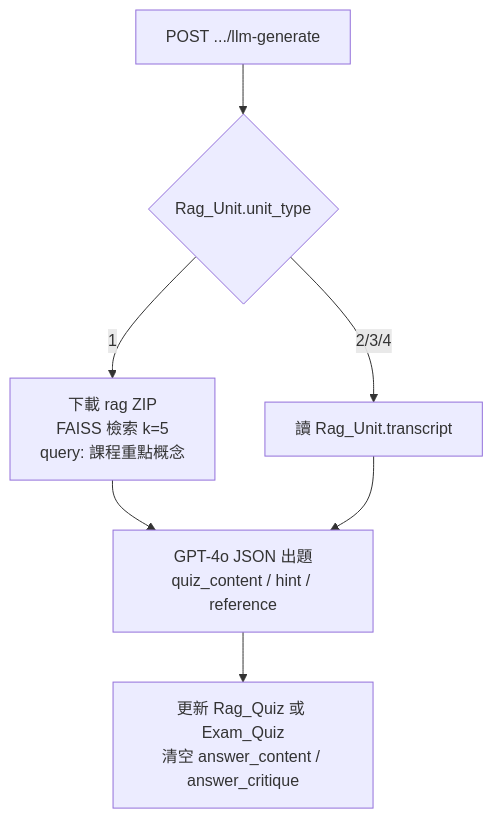
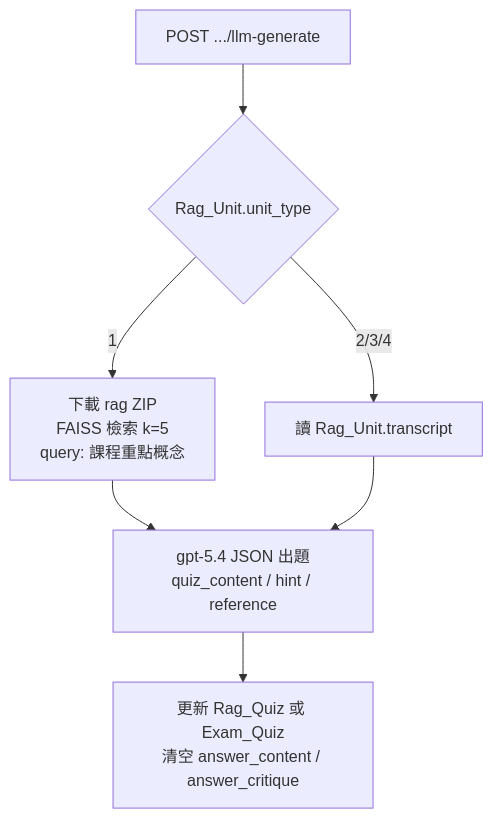
One commit to kevin7261/MyQuiz-ai-backend changed the fifth of 6 diagrams in README.md. Above: the diagram before and after it, drawn with Mermaid. The commit also changed other lines of this file and 13 other files, not shown here.

````diff
--- a/README.md
+++ b/README.md
@@ -361,9 +363,9 @@
 ```mermaid
 flowchart TD
     REQ["POST .../llm-generate"] --> UT{"Rag_Unit.unit_type"}
     UT -->|1| FAISS["下載 rag ZIP<br/>FAISS 檢索 k=5<br/>query: 課程重點概念"]
     UT -->|2/3/4| TR["讀 Rag_Unit.transcript"]
-    FAISS --> LLM["GPT-4o JSON 出題<br/>quiz_content / hint / reference"]
+    FAISS --> LLM["gpt-5.4 JSON 出題<br/>quiz_content / hint / reference"]
     TR --> LLM
     LLM --> DB["更新 Rag_Quiz 或 Exam_Quiz<br/>清空 answer_content / answer_critique"]
 ```
````
